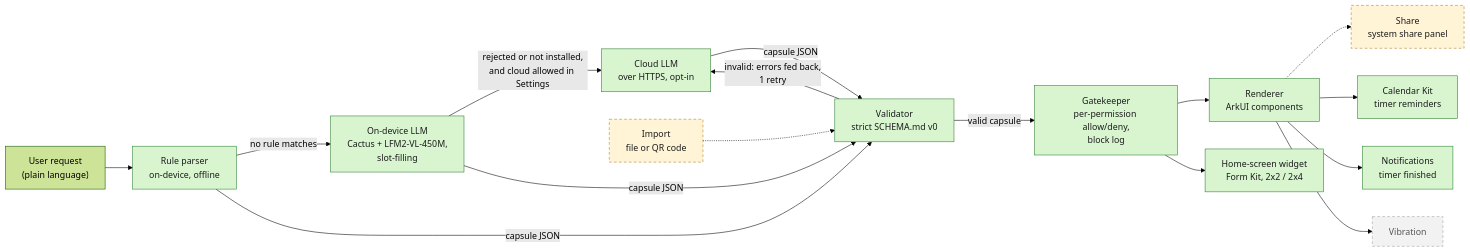
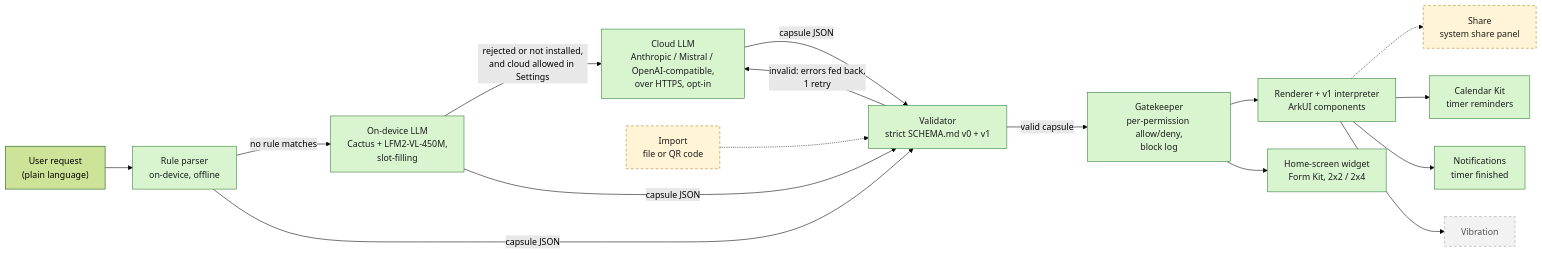
One commit to Akshaz7/capsules-harmonyos changed the diagram in README.md. Above: the diagram before and after it, drawn with Mermaid (forest theme). The commit also changed other lines of this file, not shown here.

Commit message:
docs: README covers schema v1, Mistral provider, provider eval, on-device 9/15; 120 tests

````diff
--- a/README.md
+++ b/README.md
@@ -22,25 +22,25 @@
 ```mermaid
 flowchart LR
     R["User request<br/>(plain language)"] --> P["Rule parser<br/>on-device, offline"]
     P -- "no rule matches" --> OD["On-device LLM<br/>Cactus + LFM2-VL-450M,<br/>slot-filling"]
-    OD -- "rejected or not installed,<br/>and cloud allowed in Settings" --> AI["Cloud LLM<br/>over HTTPS, opt-in"]
-    P -- "capsule JSON" --> V["Validator<br/>strict SCHEMA.md v0"]
+    OD -- "rejected or not installed,<br/>and cloud allowed in Settings" --> AI["Cloud LLM<br/>Anthropic / Mistral / OpenAI-compatible,<br/>over HTTPS, opt-in"]
+    P -- "capsule JSON" --> V["Validator<br/>strict SCHEMA.md v0 + v1"]
     OD -- "capsule JSON" --> V
     AI -- "capsule JSON" --> V
     IM["Import<br/>file or QR code"] -.-> V
     RN -.-> EX["Share<br/>system share panel"]
     V -- "invalid: errors fed back,<br/>1 retry" --> AI
     V -- "valid capsule" --> G["Gatekeeper<br/>per-permission allow/deny,<br/>block log"]
-    G --> RN["Renderer<br/>ArkUI components"]
+    G --> RN["Renderer + v1 interpreter<br/>ArkUI components"]
     RN --> CAL["Calendar Kit<br/>timer reminders"]
     RN --> N["Notifications<br/>timer finished"]
     RN --> VB["Vibration"]
     G --> W["Home-screen widget<br/>Form Kit, 2x2 / 2x4"]
 
     classDef built fill:#d8f5d0,stroke:#2e7d32,color:#1b1b1b
     classDef planned fill:#f2f2f2,stroke:#9e9e9e,stroke-dasharray:5 4,color:#555
     classDef unverified fill:#fff4d6,stroke:#b7791f,stroke-dasharray:5 4,color:#1b1b1b
     class P,OD,AI,V,G,RN,CAL,N,W built
     class VB planned
     class IM,EX unverified
 ```
````
